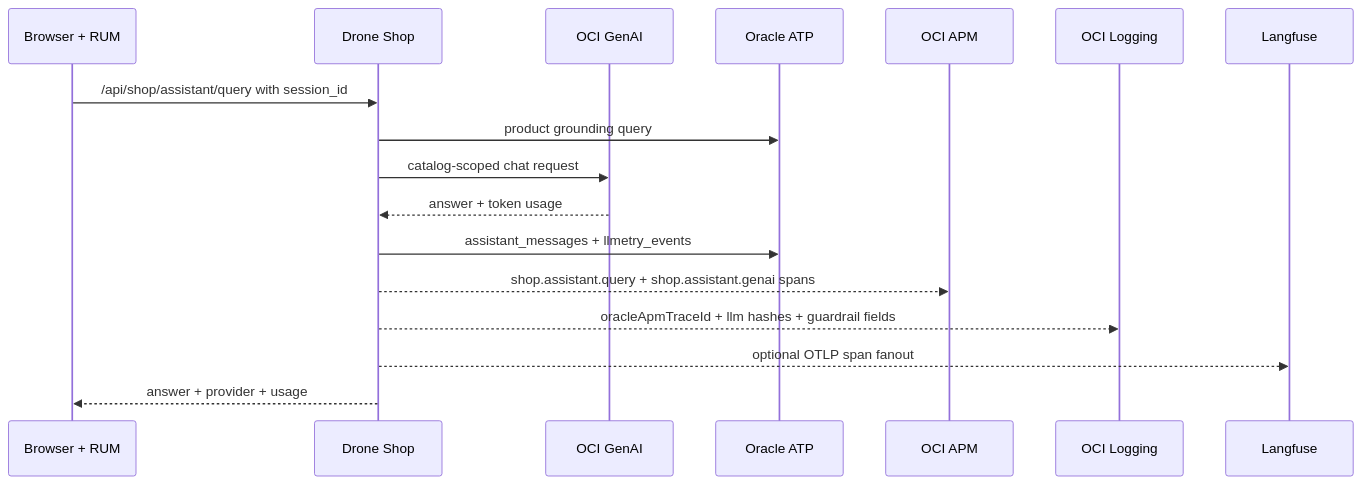
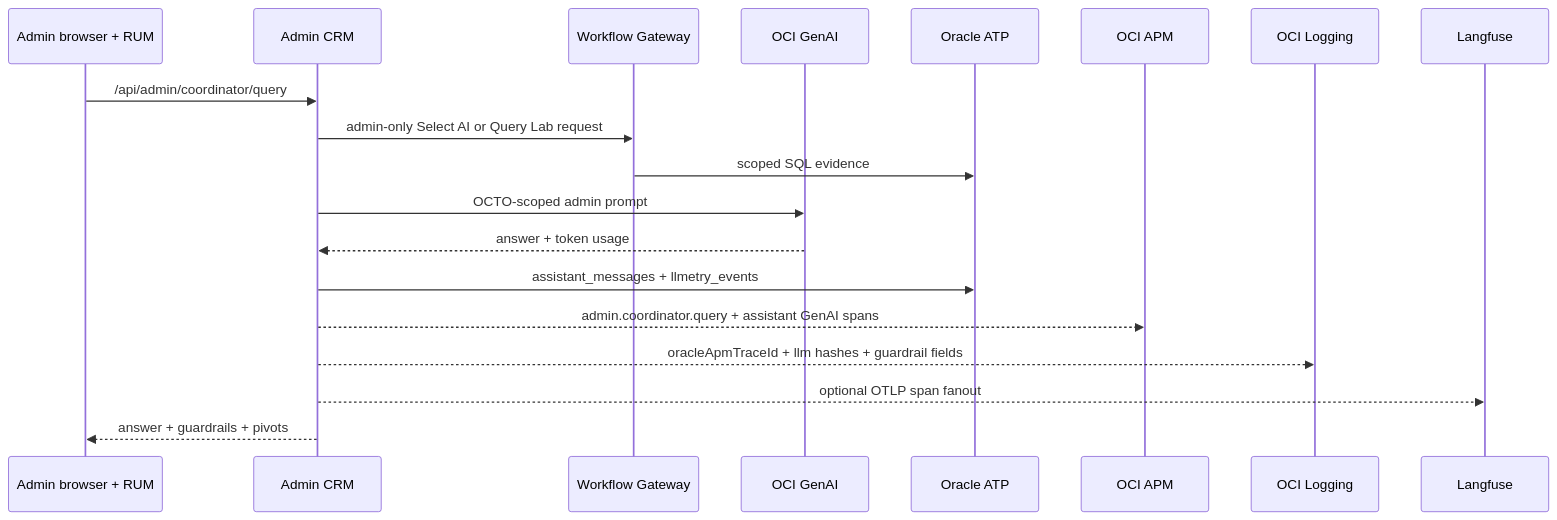
The third of 3 diagrams in site/architecture/system-design.md (adibirzu/octo-apm-demo), drawn with Mermaid before and after one commit. The commit also changed other lines of this file and 455 other files, not shown here.

````diff
--- a/site/architecture/system-design.md
+++ b/site/architecture/system-design.md
@@ -102,20 +157,22 @@
 ```mermaid
 sequenceDiagram
-    participant RUM as Browser + RUM
-    participant Shop as Drone Shop
+    participant Admin as Admin browser + RUM
+    participant CRM as Admin CRM
+    participant WGW as Workflow Gateway
     participant GenAI as OCI GenAI
     participant ATP as Oracle ATP
     participant APM as OCI APM
     participant Logs as OCI Logging
     participant LF as Langfuse
 
-    RUM->>Shop: /api/shop/assistant/query with session_id
-    Shop->>ATP: product grounding query
-    Shop->>GenAI: catalog-scoped chat request
-    GenAI-->>Shop: answer + token usage
-    Shop->>ATP: assistant_messages + llmetry_events
-    Shop-->>APM: shop.assistant.query + shop.assistant.genai spans
-    Shop-->>Logs: oracleApmTraceId + llm hashes + guardrail fields
-    Shop-->>LF: optional OTLP span fanout
-    Shop-->>RUM: answer + provider + usage
+    Admin->>CRM: /api/admin/coordinator/query
+    CRM->>WGW: admin-only Select AI or Query Lab request
+    WGW->>ATP: scoped SQL evidence
+    CRM->>GenAI: OCTO-scoped admin prompt
+    GenAI-->>CRM: answer + token usage
+    CRM->>ATP: assistant_messages + llmetry_events
+    CRM-->>APM: admin.coordinator.query + assistant GenAI spans
+    CRM-->>Logs: oracleApmTraceId + llm hashes + guardrail fields
+    CRM-->>LF: optional OTLP span fanout
+    CRM-->>Admin: answer + guardrails + pivots
 ```
````
